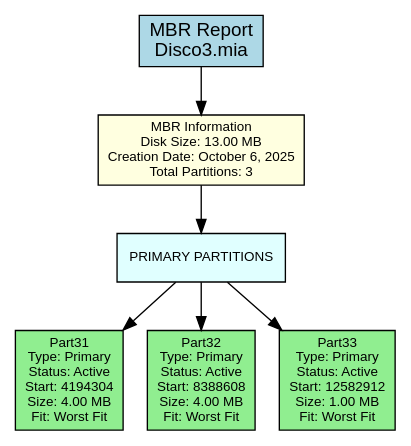
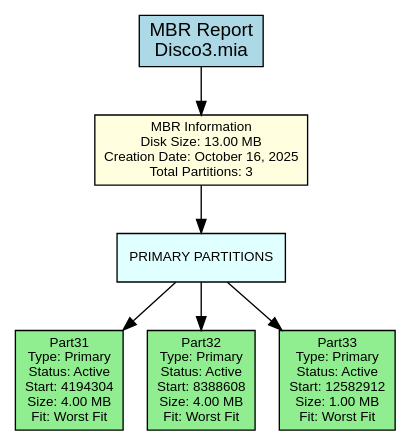
Before and after one commit to DiegVas/MIA_2S2025_P2_202300638: the diagram in backend/provider/reports/src/mbr_382B.dot, drawn with Graphviz. The commit also changed 35 other files, not shown here.

```diff
--- a/backend/provider/reports/src/mbr_382B.dot
+++ b/backend/provider/reports/src/mbr_382B.dot
@@ -1,22 +1,22 @@
 digraph MBR_Report {
     rankdir=TB;
     node [shape=box, style=filled];
     graph [fontname="Arial", fontsize=12];
     node [fontname="Arial", fontsize=10];
     edge [fontname="Arial"];
 
     title [label="MBR Report\nDisco3.mia", fillcolor=lightblue, fontsize=14];
 
-    mbr_info [label="MBR Information\nDisk Size: 13.00 MB\nCreation Date: October 6, 2025\nTotal Partitions: 3", fillcolor=lightyellow];
+    mbr_info [label="MBR Information\nDisk Size: 13.00 MB\nCreation Date: October 16, 2025\nTotal Partitions: 3", fillcolor=lightyellow];
 
     primary_section [label="PRIMARY PARTITIONS", shape=box, style=filled, fillcolor=lightcyan];
     primary_0 [label="Part31\nType: Primary\nStatus: Active\nStart: 4194304\nSize: 4.00 MB\nFit: Worst Fit", fillcolor=lightgreen];
     primary_section -> primary_0;
     primary_1 [label="Part32\nType: Primary\nStatus: Active\nStart: 8388608\nSize: 4.00 MB\nFit: Worst Fit", fillcolor=lightgreen];
     primary_section -> primary_1;
     primary_2 [label="Part33\nType: Primary\nStatus: Active\nStart: 12582912\nSize: 1.00 MB\nFit: Worst Fit", fillcolor=lightgreen];
     primary_section -> primary_2;
 
     title -> mbr_info;
     mbr_info -> primary_section;
 }
```
